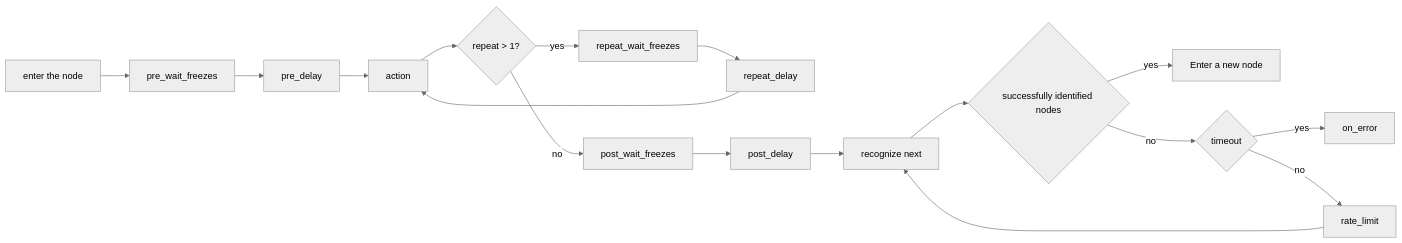
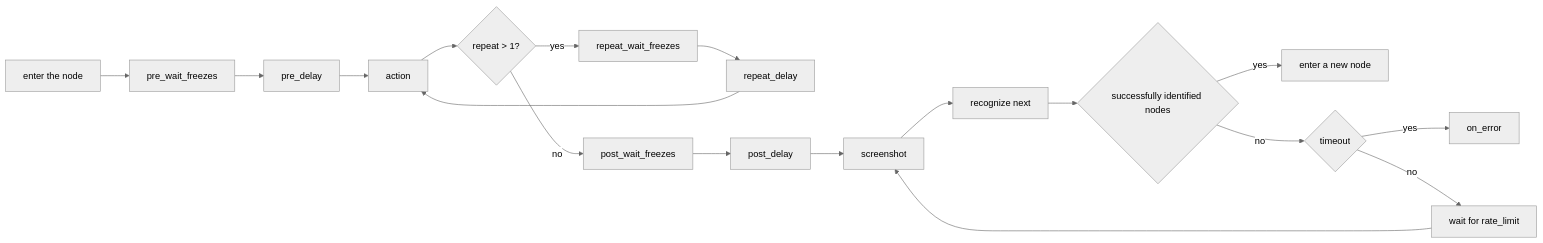
One commit to MaaXYZ/MaaFramework changed the third of 4 diagrams in docs/en_us/3.1-PipelineProtocol.md. Above: the diagram before and after it, drawn with Mermaid (neutral theme). The commit also changed 3 other files, not shown here.

````diff
--- a/docs/en_us/3.1-PipelineProtocol.md
+++ b/docs/en_us/3.1-PipelineProtocol.md
@@ -235,19 +235,20 @@
 ```mermaid
     graph LR
         A[enter the node] --> B[pre_wait_freezes]
         B --> C[pre_delay]
         C --> D[action]
         D --> M{repeat > 1?}
         M -->|yes| N[repeat_wait_freezes]
         N --> O[repeat_delay]
         O --> D
         M -->|no| E[post_wait_freezes]
         E --> F[post_delay]
-        F --> G[recognize next]
+        F --> P[screenshot]
+        P --> G[recognize next]
         G --> H{successfully identified nodes}
-        H -->|yes| I[Enter a new node]
+        H -->|yes| I[enter a new node]
         H -->|no| J{timeout}
         J -->|yes| K[on_error]
-        J -->|no| L[rate_limit]
-        L --> G
+        J -->|no| L[wait for rate_limit]
+        L --> P
 ```
````
